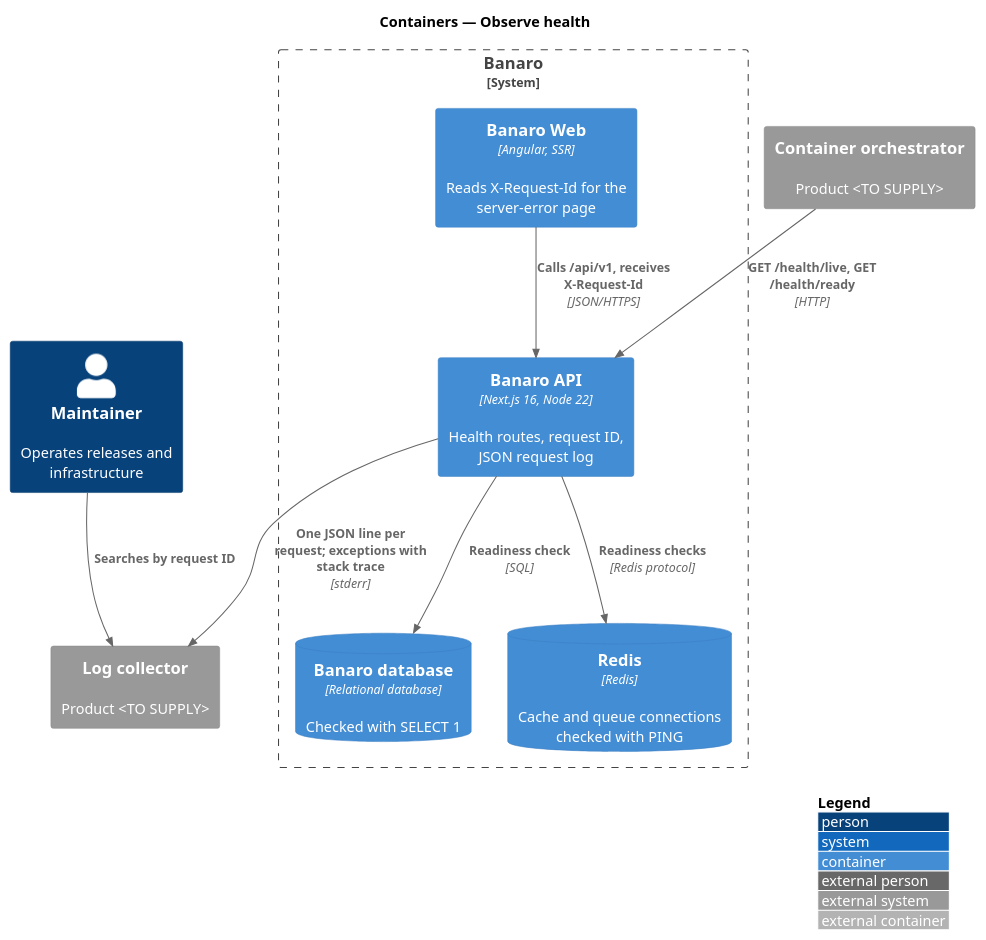
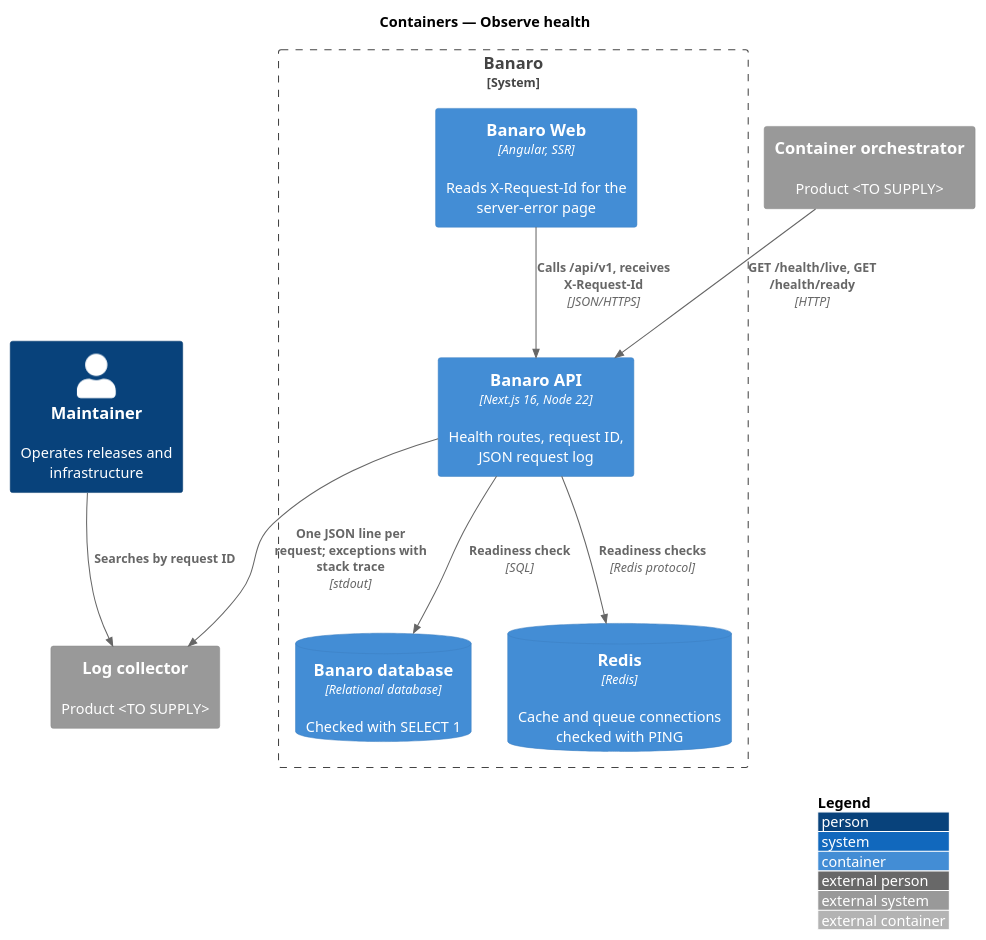
Before and after one commit to QuinntyneBrown/banaro: the diagram in docs/detailed-designs/operations/observe-health/diagrams/c4-container.puml, drawn with PlantUML. The commit also changed 395 other files, not shown here.

```diff
--- a/docs/detailed-designs/operations/observe-health/diagrams/c4-container.puml
+++ b/docs/detailed-designs/operations/observe-health/diagrams/c4-container.puml
@@ -1,23 +1,23 @@
 @startuml
 !include <C4/C4_Container>
 LAYOUT_WITH_LEGEND()
 title Containers — Observe health
 
 Person(maintainer, "Maintainer", "Operates releases and infrastructure")
 System_Ext(orchestrator, "Container orchestrator", "Product <TO SUPPLY>")
 System_Ext(logs, "Log collector", "Product <TO SUPPLY>")
 
 System_Boundary(banaro, "Banaro") {
   Container(web, "Banaro Web", "Angular, SSR", "Reads X-Request-Id for the server-error page")
   Container(api, "Banaro API", "Next.js 16, Node 22", "Health routes, request ID, JSON request log")
   ContainerDb(db, "Banaro database", "Relational database", "Checked with SELECT 1")
   ContainerDb(redis, "Redis", "Redis", "Cache and queue connections checked with PING")
 }
 
 Rel(orchestrator, api, "GET /health/live, GET /health/ready", "HTTP")
 Rel(web, api, "Calls /api/v1, receives X-Request-Id", "JSON/HTTPS")
 Rel(api, db, "Readiness check", "SQL")
 Rel(api, redis, "Readiness checks", "Redis protocol")
-Rel(api, logs, "One JSON line per request; exceptions with stack trace", "stderr")
+Rel(api, logs, "One JSON line per request; exceptions with stack trace", "stdout")
 Rel(maintainer, logs, "Searches by request ID")
 @enduml
```
